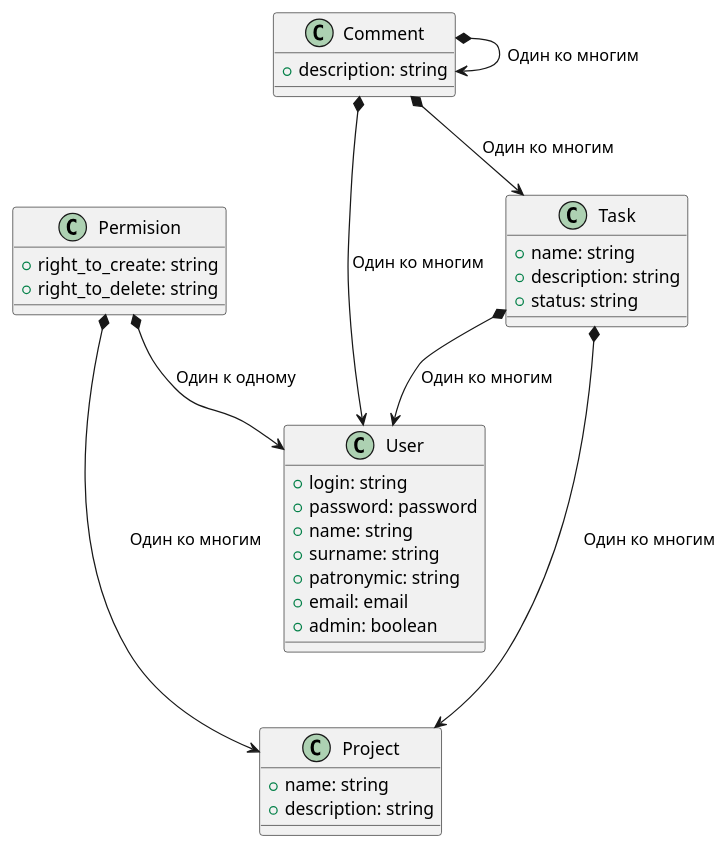
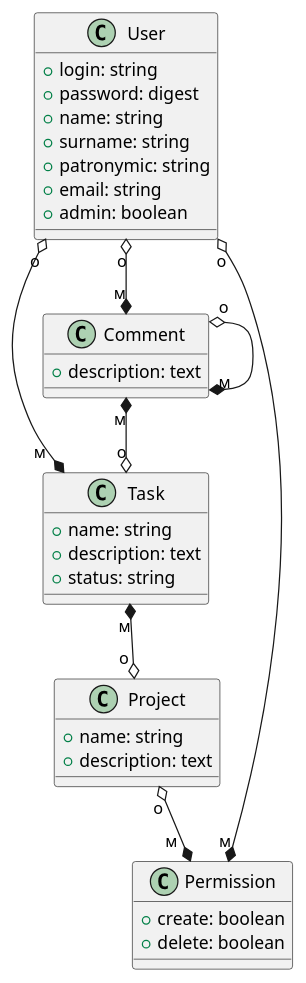
One commit to Spoleri/Diagram changed the diagram in tasks.wsd. Above: the diagram before and after it, drawn with PlantUML. The commit also changed 1 other file, not shown here.

```diff
--- a/tasks.wsd
+++ b/tasks.wsd
@@ -1,40 +1,42 @@
-@startuml 
+@startuml diagram
     class User {
         + login: string
-        + password: password
+        + password: digest
         + name: string
         + surname: string
         + patronymic: string
-        + email: email
+        + email: string
         + admin: boolean
     }
 
     class Task {
         + name: string
-        + description: string
+        + description: text
         + status: string
     }
     
     class Comment {
-        + description: string
+        + description: text
     }
 
     class Project {
         + name: string
-        + description: string
+        + description: text
     }
 
-    class Permision {
-        + right_to_create: string
-        + right_to_delete: string
+    class Permission {
+        + create: boolean
+        + delete: boolean
     }
 
     
-    Comment *--> User : Один ко многим
-    Comment *--> Task : Один ко многим
-    Comment *--> Comment : Один ко многим
-    Task *---> Project : Один ко многим
-    Task *--> User : Один ко многим
-    Permision *---> Project: Один ко многим
-    Permision *--> User: Один к одному
+    User "о" o--* "м" Comment
+    User "o" o---* "м  " Task
+    Task "м" *--o "o " Project
+    Project "о" o--* "м  " Permission
+    Permission "м" *--o "о" User
+    Comment "о" o--* "м" Comment
+    Comment "м" *--o "о" Task
+
+
 @enduml
```
